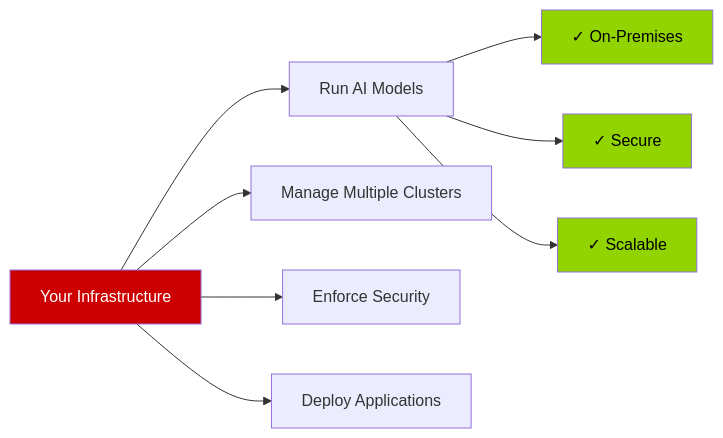
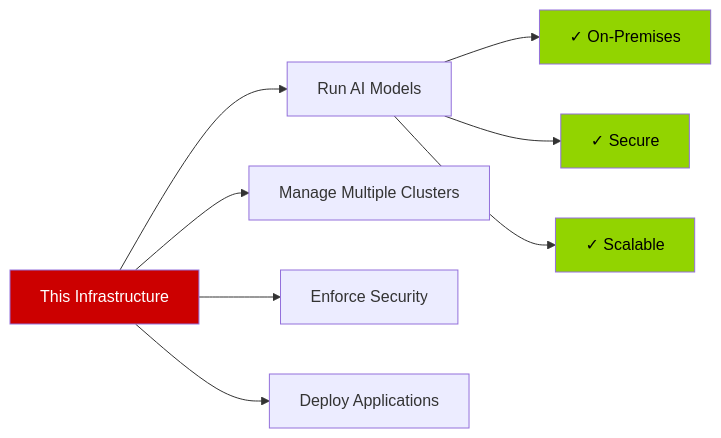
The second of 9 diagrams in executive-slide-01-current-infrastructure.md (robbybrodie/preso), drawn with Mermaid before and after one commit. The commit also changed other lines of this file, not shown here.

First line of the commit message:
Make slide 1 titles less presumptive about existing infrastructure

````diff
--- a/executive-slide-01-current-infrastructure.md
+++ b/executive-slide-01-current-infrastructure.md
@@ -69,16 +69,16 @@
 ```mermaid
 graph LR
-    A[Your Infrastructure] --> B[Run AI Models]
+    A[This Infrastructure] --> B[Run AI Models]
     A --> C[Manage Multiple Clusters]
     A --> D[Enforce Security]
     A --> E[Deploy Applications]
     
     B --> F[✓ On-Premises]
     B --> G[✓ Secure]
     B --> H[✓ Scalable]
     
     style A fill:#cc0000,color:#fff
     style F fill:#92d400,color:#000
     style G fill:#92d400,color:#000
     style H fill:#92d400,color:#000
 ```
````
